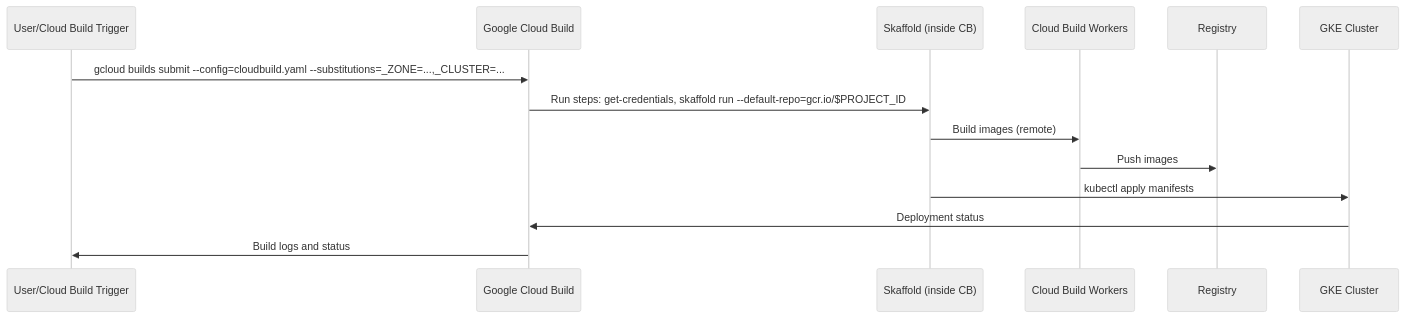
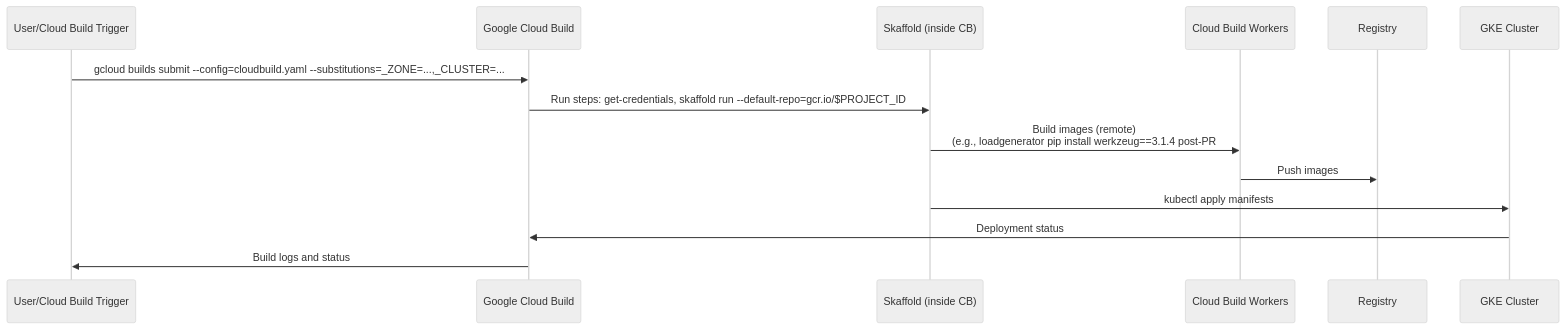
Before and after one commit to gauravagerwala/microservices-demo: the second of 2 diagrams in .exp/design-workflow-2-gke-deployment-workflow.md, drawn with Mermaid (neutral theme). The commit also changed other lines of this file and 2 other files, not shown here.

Commit message:
Update design for PR #3171: chore(deps): bump werkzeug from 3.1.3 to 3.1.4 in /src/loadgenerator

````diff
--- a/.exp/design-workflow-2-gke-deployment-workflow.md
+++ b/.exp/design-workflow-2-gke-deployment-workflow.md
@@ -59,16 +59,16 @@
 ```mermaid
 sequenceDiagram
     participant U as User/Cloud Build Trigger
     participant CB as Google Cloud Build
     participant S as Skaffold (inside CB)
     participant B as Cloud Build Workers
     participant R as Registry
     participant C as GKE Cluster
     U->>CB: gcloud builds submit --config=cloudbuild.yaml --substitutions=_ZONE=...,_CLUSTER=...
     CB->>S: Run steps: get-credentials, skaffold run --default-repo=gcr.io/$PROJECT_ID
-    S->>B: Build images (remote)
+    S->>B: Build images (remote)<br/>(e.g., loadgenerator pip install werkzeug==3.1.4 post-PR #3171)
     B->>R: Push images
     S->>C: kubectl apply manifests
     C->>CB: Deployment status
     CB->>U: Build logs and status
 ```
````
